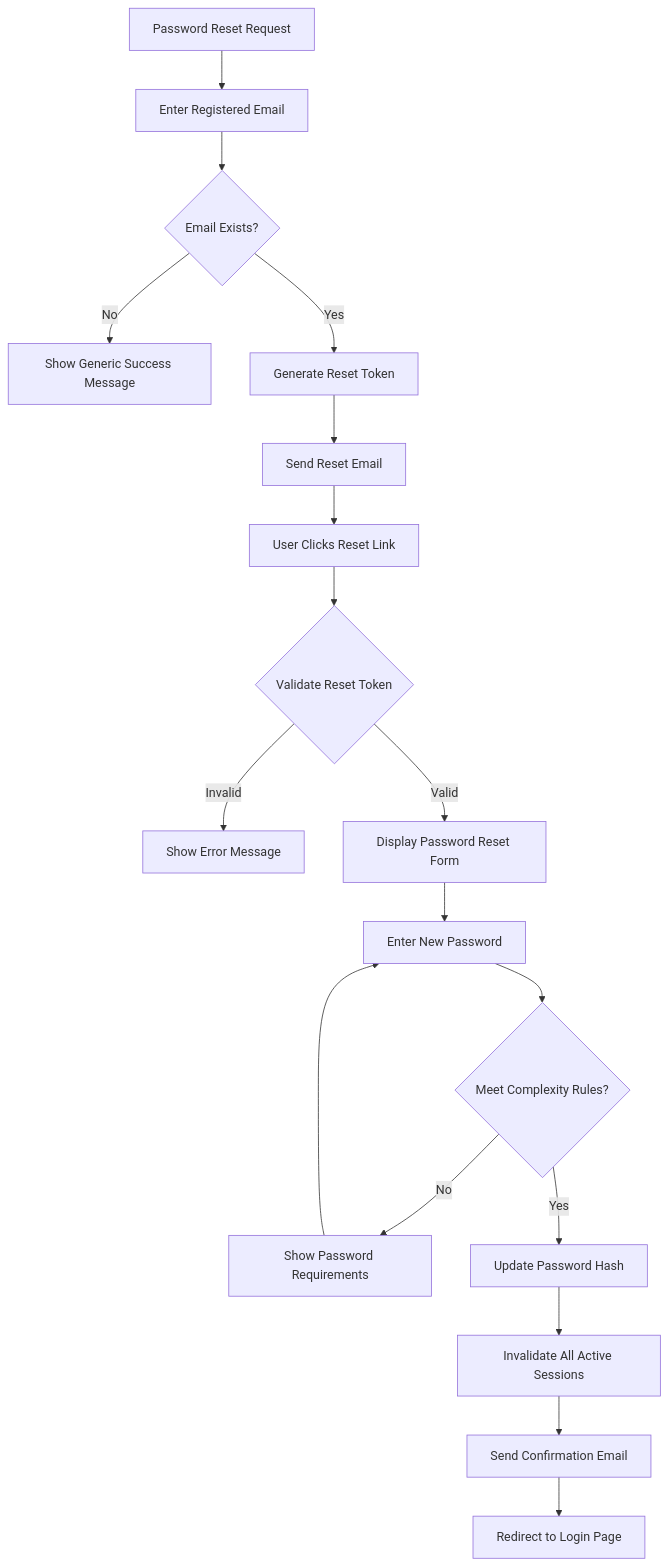
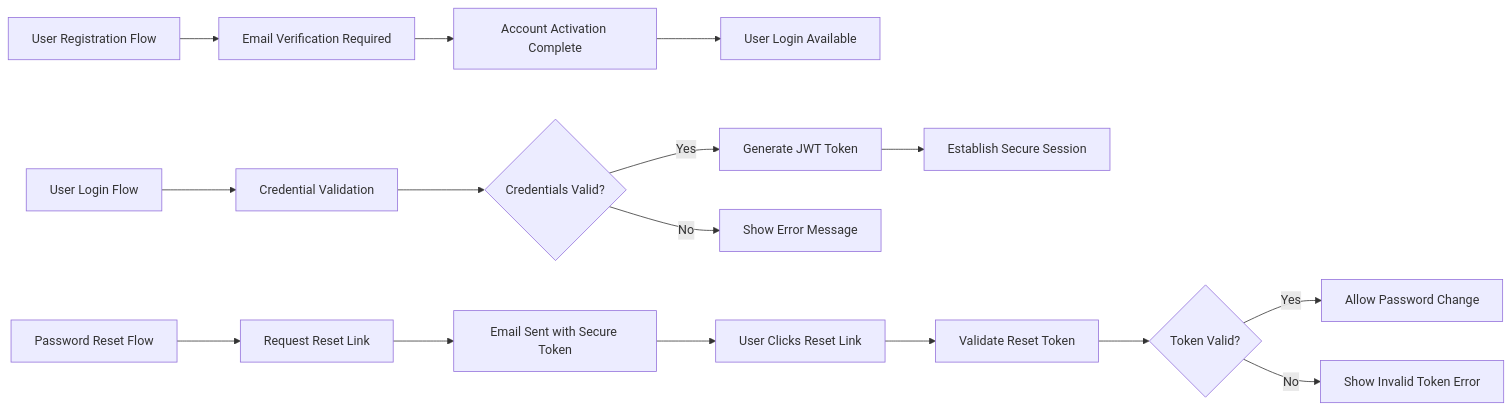
One commit to wrtnlabs/autobe-examples changed the diagram in deepseek/deepseek-v3.1-terminus-exacto/shopping/docs/analysis/02-user-actors-authentication.md. Above: the diagram before and after it, drawn with Mermaid. The commit also changed other lines of this file and 7173 other files, not shown here.

````diff
--- a/deepseek/deepseek-v3.1-terminus-exacto/shopping/docs/analysis/02-user-actors-authentication.md
+++ b/deepseek/deepseek-v3.1-terminus-exacto/shopping/docs/analysis/02-user-actors-authentication.md
@@ -237,20 +94,20 @@
 ```mermaid
-graph TD
-    A["Password Reset Request"] --> B["Enter Registered Email"]
-    B --> C{"Email Exists?"}
-    C -->|"No"| D["Show Generic Success Message"]
-    C -->|"Yes"| E["Generate Reset Token"]
-    E --> F["Send Reset Email"]
-    F --> G["User Clicks Reset Link"]
-    G --> H{"Validate Reset Token"}
-    H -->|"Invalid"| I["Show Error Message"]
-    H -->|"Valid"| J["Display Password Reset Form"]
-    J --> K["Enter New Password"]
-    K --> L{"Meet Complexity Rules?"}
-    L -->|"No"| M["Show Password Requirements"]
-    L -->|"Yes"| N["Update Password Hash"]
-    N --> O["Invalidate All Active Sessions"]
-    O --> P["Send Confirmation Email"]
-    P --> Q["Redirect to Login Page"]
-    M --> K
+graph LR
+  A["User Registration Flow"] --> B["Email Verification Required"]
+  B --> C["Account Activation Complete"]
+  C --> D["User Login Available"]
+  
+  E["User Login Flow"] --> F["Credential Validation"]
+  F --> G{"Credentials Valid?"}
+  G -->|"Yes"| H["Generate JWT Token"]
+  G -->|"No"| I["Show Error Message"]
+  H --> J["Establish Secure Session"]
+  
+  K["Password Reset Flow"] --> L["Request Reset Link"]
+  L --> M["Email Sent with Secure Token"]
+  M --> N["User Clicks Reset Link"]
+  N --> O["Validate Reset Token"]
+  O --> P{"Token Valid?"}
+  P -->|"Yes"| Q["Allow Password Change"]
+  P -->|"No"| R["Show Invalid Token Error"]
 ```
````
